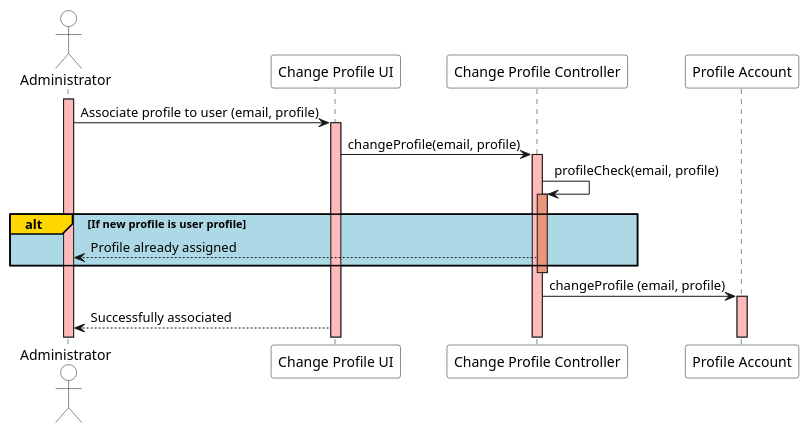
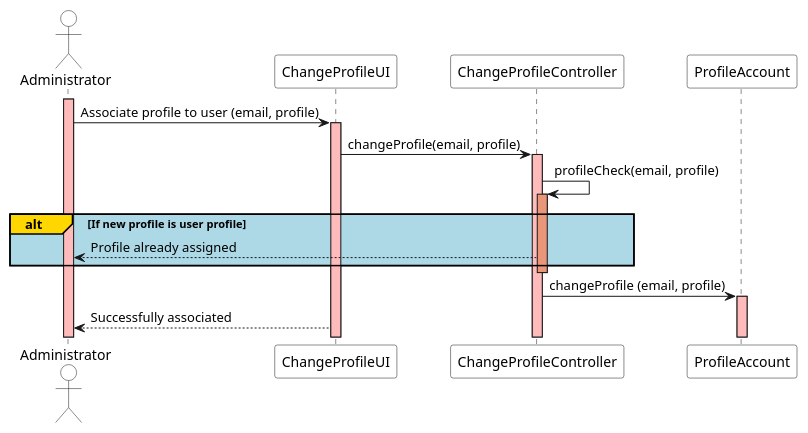
Before and after one commit to ivo-menezes/project_g3: the diagram in docs/modelling_design/user_stories/us003/US003_ChangeProfileSD.puml, drawn with PlantUML. The commit also changed 4 other files, not shown here.

```diff
--- a/docs/modelling_design/user_stories/us003/US003_ChangeProfileSD.puml
+++ b/docs/modelling_design/user_stories/us003/US003_ChangeProfileSD.puml
@@ -1,24 +1,24 @@
 @startuml
 
 actor Administrator  as Administrator #white
-participant "Change Profile UI" as UI #white
-participant "Change Profile Controller" as Controller #white
-participant "Profile Account" as Account #white
+participant "ChangeProfileUI" as UI #white
+participant "ChangeProfileController" as Controller #white
+participant "ProfileAccount" as Account #white
 
 activate Administrator #FFBBBB
 Administrator ->  UI : Associate profile to user (email, profile)
 activate UI #FFBBBB
 UI -> Controller :  changeProfile(email, profile)
 activate Controller #FFBBBB
 Controller -> Controller: profileCheck(email, profile)
 activate Controller #DarkSalmon
 
 
 alt#Gold #LightBlue If new profile is user profile
 Administrator <-- Controller : Profile already assigned
 end
 deactivate Controller #DarkSalmon
 Controller -> Account : changeProfile (email, profile)
 activate Account #FFBBBB
 Administrator <-- UI: Successfully associated
 @enduml
```
